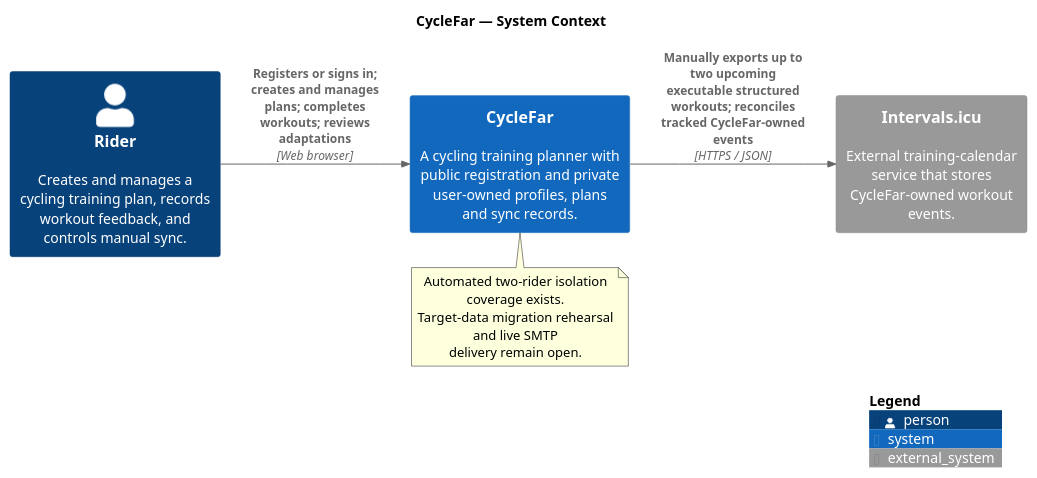
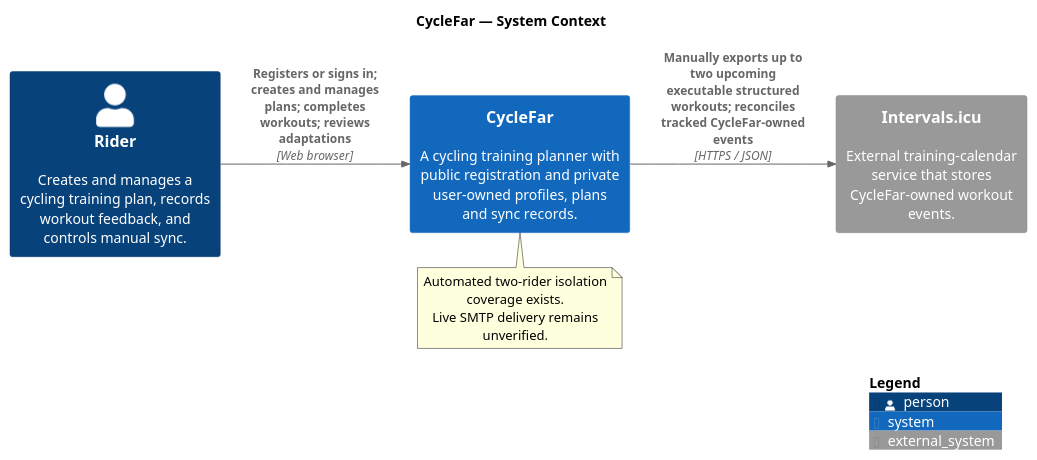
The diagram in docs/diagrams/cyclefar-system-context.puml (richardhartme/cyclefar), drawn with PlantUML before and after one commit. The commit also changed 17 other files, not shown here.

```diff
--- a/docs/diagrams/cyclefar-system-context.puml
+++ b/docs/diagrams/cyclefar-system-context.puml
@@ -1,25 +1,24 @@
 @startuml CycleFar System Context
 ' Ownership and account access checked on 2026-09-28; scope and limitations: README.md
 !include https://raw.githubusercontent.com/plantuml-stdlib/C4-PlantUML/master/C4_Context.puml
 
 title CycleFar — System Context
 
 LAYOUT_LEFT_RIGHT()
 
 Person(rider, "Rider", "Creates and manages a cycling training plan, records workout feedback, and controls manual sync.")
 
 System(cyclefar, "CycleFar", "A cycling training planner with public registration and private user-owned profiles, plans and sync records.")
 
 System_Ext(intervals_icu, "Intervals.icu", "External training-calendar service that stores CycleFar-owned workout events.")
 
 Rel(rider, cyclefar, "Registers or signs in; creates and manages plans; completes workouts; reviews adaptations", "Web browser")
 Rel(cyclefar, intervals_icu, "Manually exports up to two upcoming executable structured workouts; reconciles tracked CycleFar-owned events", "HTTPS / JSON")
 
 note bottom of cyclefar
   Automated two-rider isolation coverage exists.
-  Target-data migration rehearsal and live SMTP
-  delivery remain open.
+  Live SMTP delivery remains unverified.
 end note
 
 SHOW_LEGEND()
 @enduml
```
